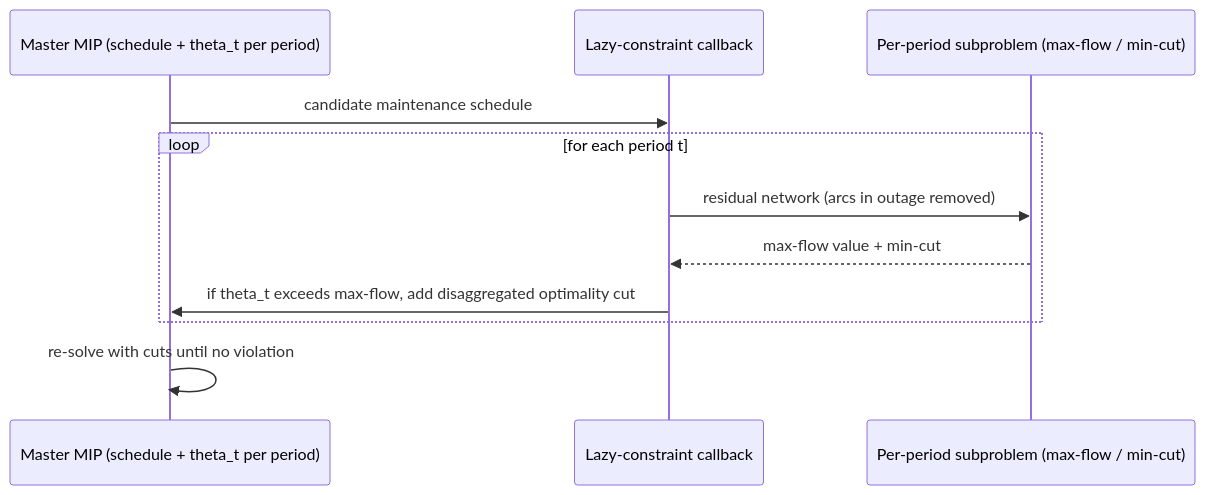
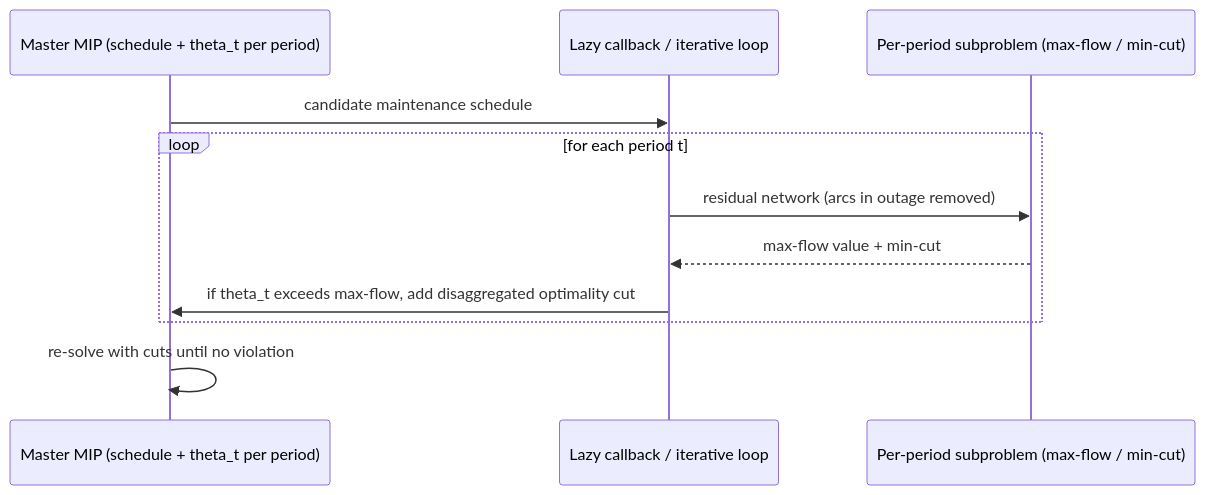
Before and after one commit to TonyJSheer/network_flow_solver: the second of 2 diagrams in docs/ARCHITECTURE.md, drawn with Mermaid. The commit also changed other lines of this file and 8 other files, not shown here.

````diff
--- a/docs/ARCHITECTURE.md
+++ b/docs/ARCHITECTURE.md
@@ -55,14 +80,14 @@
 ```mermaid
 sequenceDiagram
     participant M as Master MIP (schedule + theta_t per period)
-    participant CB as Lazy-constraint callback
+    participant CB as Lazy callback / iterative loop
     participant SP as Per-period subproblem (max-flow / min-cut)
 
     M->>CB: candidate maintenance schedule
     loop for each period t
         CB->>SP: residual network (arcs in outage removed)
         SP-->>CB: max-flow value + min-cut
         CB->>M: if theta_t exceeds max-flow, add disaggregated optimality cut
     end
     M->>M: re-solve with cuts until no violation
 ```
````
